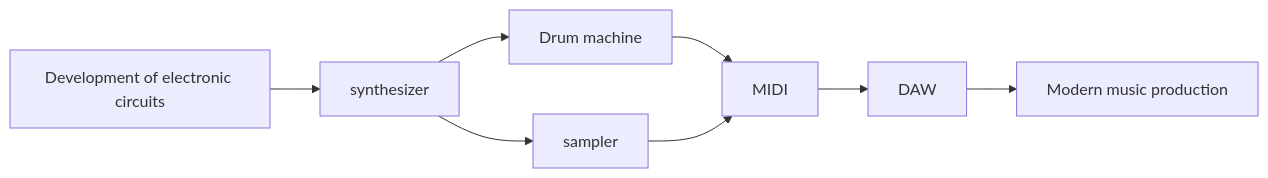
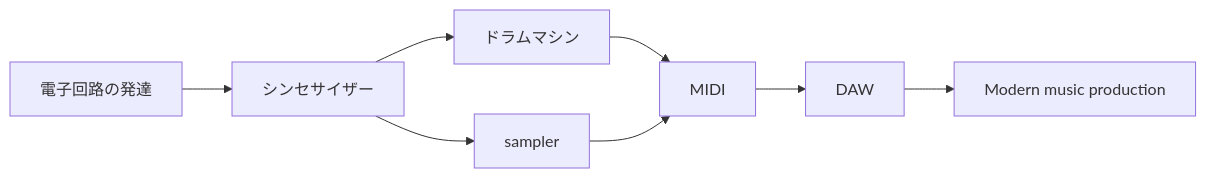
One commit to monumental-movement/monumental-movement.github.io changed the second of 2 diagrams in en/_posts/2026-07-31-column-50-music-gear-history-01.md. Above: the diagram before and after it, drawn with Mermaid. The commit also changed other lines of this file and 2196 other files, not shown here.

```diff
--- a/en/_posts/2026-07-31-column-50-music-gear-history-01.md
+++ b/en/_posts/2026-07-31-column-50-music-gear-history-01.md
@@ -119,19 +118,19 @@
 <div class="mermaid">
 flowchart LR
 
-A["Development of electronic circuits"]
-B["synthesizer"]
-C["Drum machine"]
+A["電子回路の発達"]
+B["シンセサイザー"]
+C["ドラムマシン"]
 D["sampler"]
 E["MIDI"]
 F["DAW"]
 G["Modern music production"]
 
 A --> B
 B --> C
 B --> D
 C --> E
 D --> E
 E --> F
 F --> G
 </div>
```
